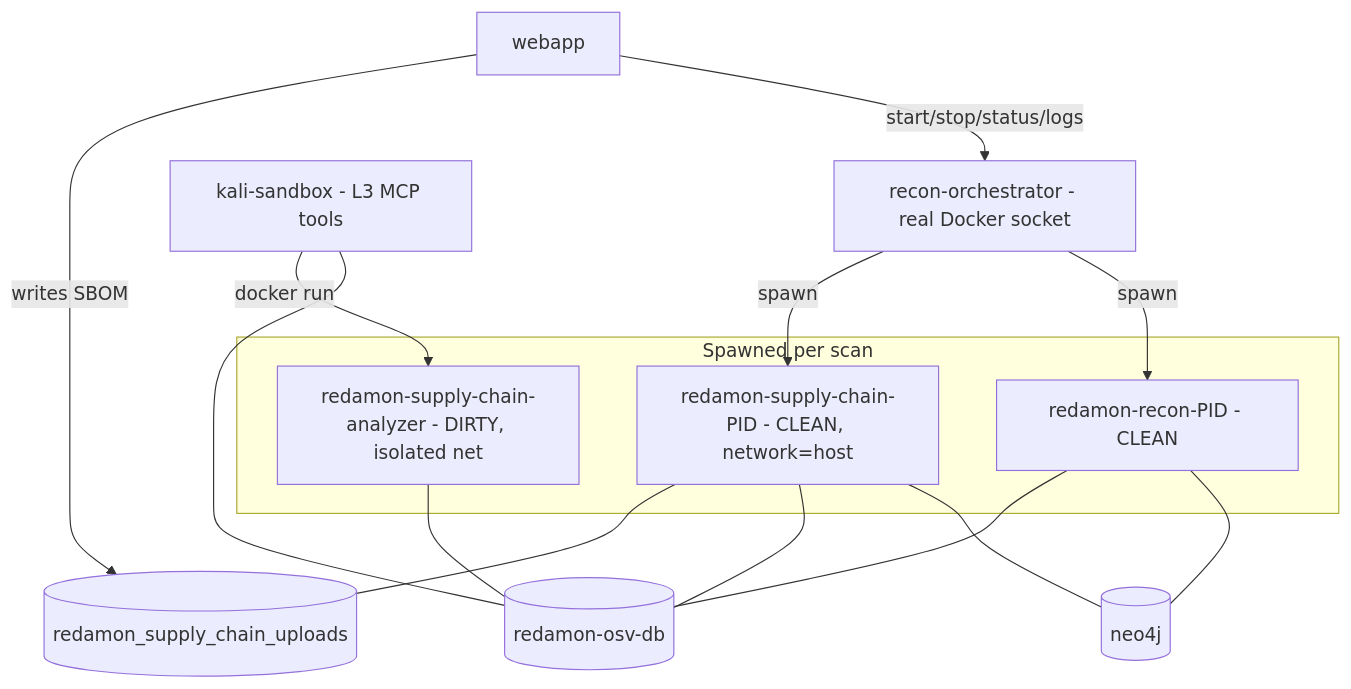
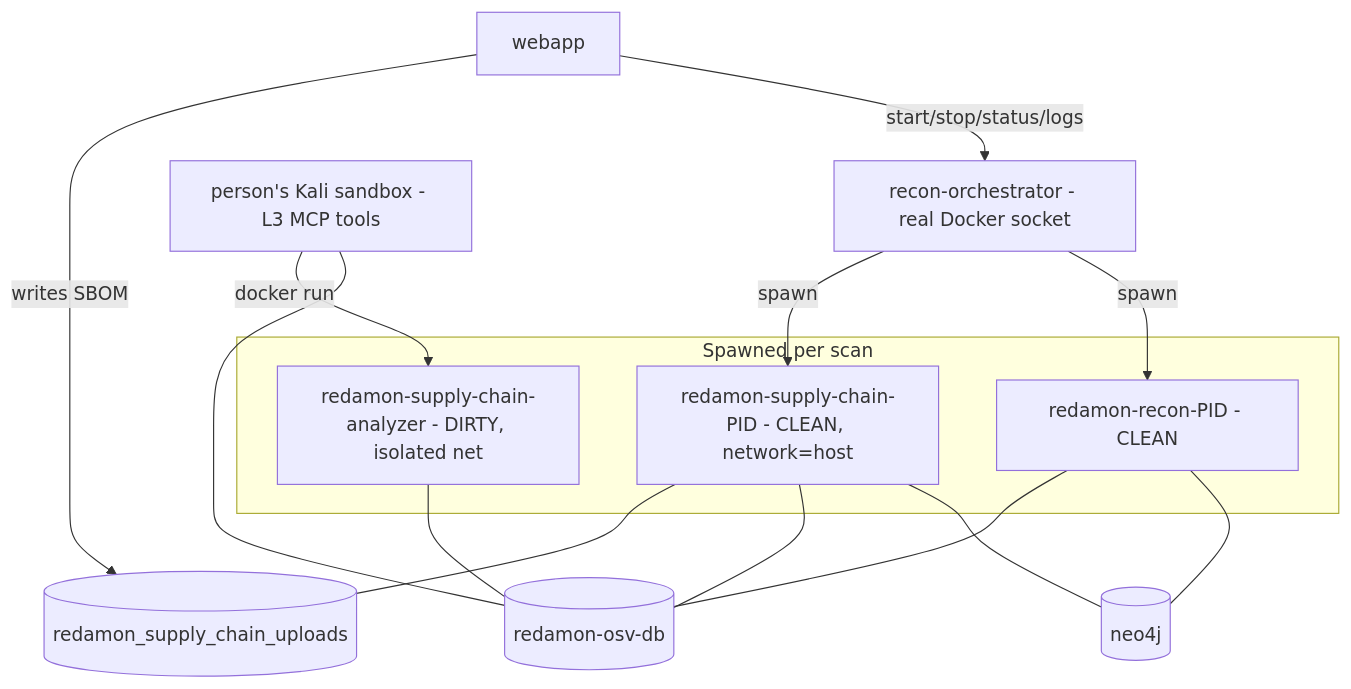
One commit to samugit83/redamon changed the seventh of 7 diagrams in docs/readmes/README.SUPPLY_CHAIN.md. Above: the diagram before and after it, drawn with Mermaid. The commit also changed other lines of this file and 52 other files, not shown here.

First line of the commit message:
docs(sandbox): per-user Kali sandboxes across docs, wiki and agent rules (group 1)

````diff
--- a/docs/readmes/README.SUPPLY_CHAIN.md
+++ b/docs/readmes/README.SUPPLY_CHAIN.md
@@ -790,29 +790,29 @@
 ```mermaid
 flowchart TB
     ORCH[recon-orchestrator - real Docker socket]
     WEBAPP[webapp]
     NEO[(neo4j)]
     OSVDB[(redamon-osv-db)]
     UPL[(redamon_supply_chain_uploads)]
 
     subgraph spawned[Spawned per scan]
       L1[redamon-supply-chain-PID - CLEAN, network=host]
       RECON[redamon-recon-PID - CLEAN]
       AN[redamon-supply-chain-analyzer - DIRTY, isolated net]
     end
-    KALI[kali-sandbox - L3 MCP tools]
+    KALI[person's Kali sandbox - L3 MCP tools]
 
     WEBAPP -->|writes SBOM| UPL
     WEBAPP -->|start/stop/status/logs| ORCH
     ORCH -->|spawn| L1
     ORCH -->|spawn| RECON
     KALI -->|docker run| AN
 
     L1 --- UPL
     L1 --- OSVDB
     L1 --- NEO
     RECON --- OSVDB
     RECON --- NEO
     KALI --- OSVDB
     AN --- OSVDB
 ```
````
